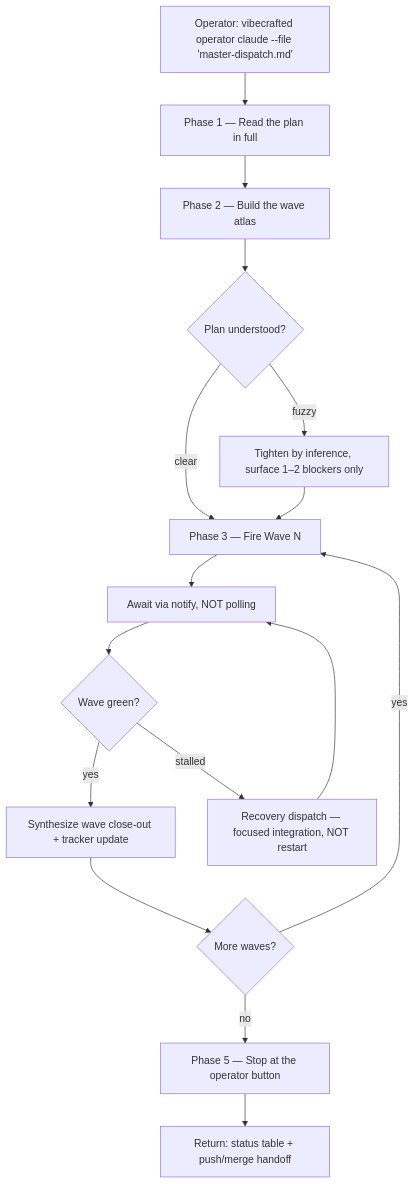
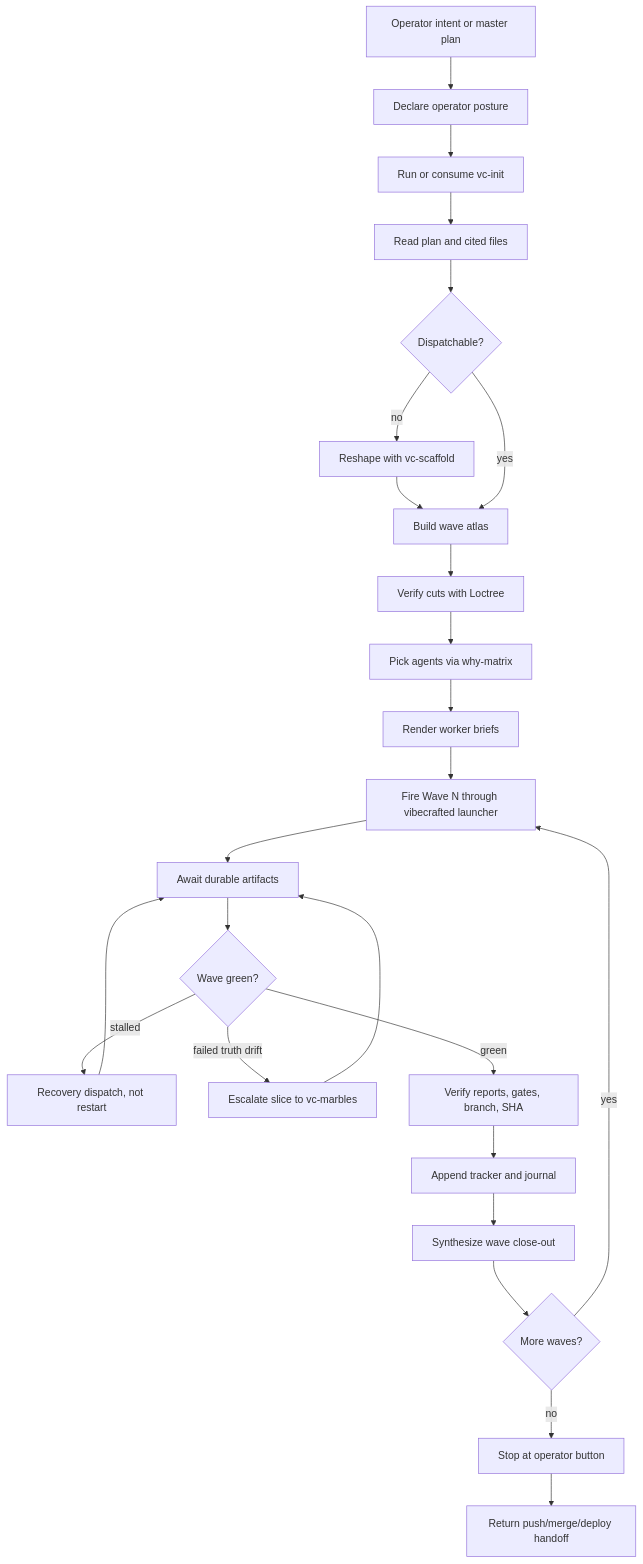
One commit to VetCoders/VibeCrafted changed the diagram in skills/vc-operator/FLOW.md. Above: the diagram before and after it, drawn with Mermaid. The commit also changed other lines of this file and 22 other files, not shown here.

````diff
--- a/skills/vc-operator/FLOW.md
+++ b/skills/vc-operator/FLOW.md
@@ -8,18 +10,28 @@
 ```mermaid
 flowchart TD
-    A[Operator: vibecrafted operator claude --file 'master-dispatch.md'] --> B[Phase 1 — Read the plan in full]
-    B --> C[Phase 2 — Build the wave atlas]
-    C --> D{Plan understood?}
-    D -->|fuzzy| E[Tighten by inference, surface 1–2 blockers only]
-    D -->|clear| F[Phase 3 — Fire Wave N]
-    E --> F
-    F --> G[Await via notify, NOT polling]
-    G --> H{Wave green?}
-    H -->|yes| I[Synthesize wave close-out + tracker update]
-    H -->|stalled| J[Recovery dispatch — focused integration, NOT restart]
-    J --> G
-    I --> K{More waves?}
-    K -->|yes| F
-    K -->|no| L[Phase 5 — Stop at the operator button]
-    L --> M[Return: status table + push/merge handoff]
+    A[Operator intent or master plan] --> B[Declare operator posture]
+    B --> C[Run or consume vc-init]
+    C --> D[Read plan and cited files]
+    D --> E{Dispatchable?}
+    E -->|no| F[Reshape with vc-scaffold]
+    F --> G[Build wave atlas]
+    E -->|yes| G
+
+    G --> H[Verify cuts with Loctree]
+    H --> I[Pick agents via why-matrix]
+    I --> J[Render worker briefs]
+    J --> K[Fire Wave N through vibecrafted launcher]
+    K --> L[Await durable artifacts]
+    L --> M{Wave green?}
+    M -->|stalled| N[Recovery dispatch, not restart]
+    N --> L
+    M -->|failed truth drift| O[Escalate slice to vc-marbles]
+    O --> L
+    M -->|green| P[Verify reports, gates, branch, SHA]
+    P --> Q[Append tracker and journal]
+    Q --> R[Synthesize wave close-out]
+    R --> S{More waves?}
+    S -->|yes| K
+    S -->|no| T[Stop at operator button]
+    T --> U[Return push/merge/deploy handoff]
 ```
````
